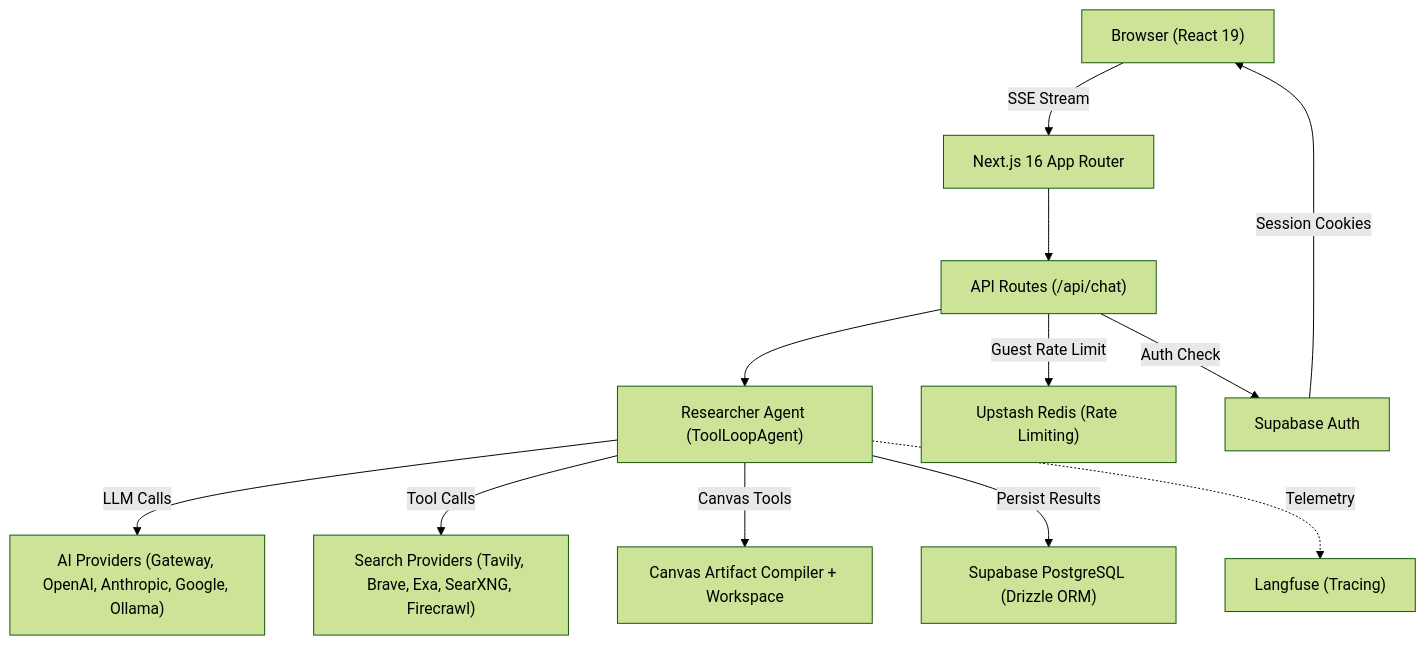
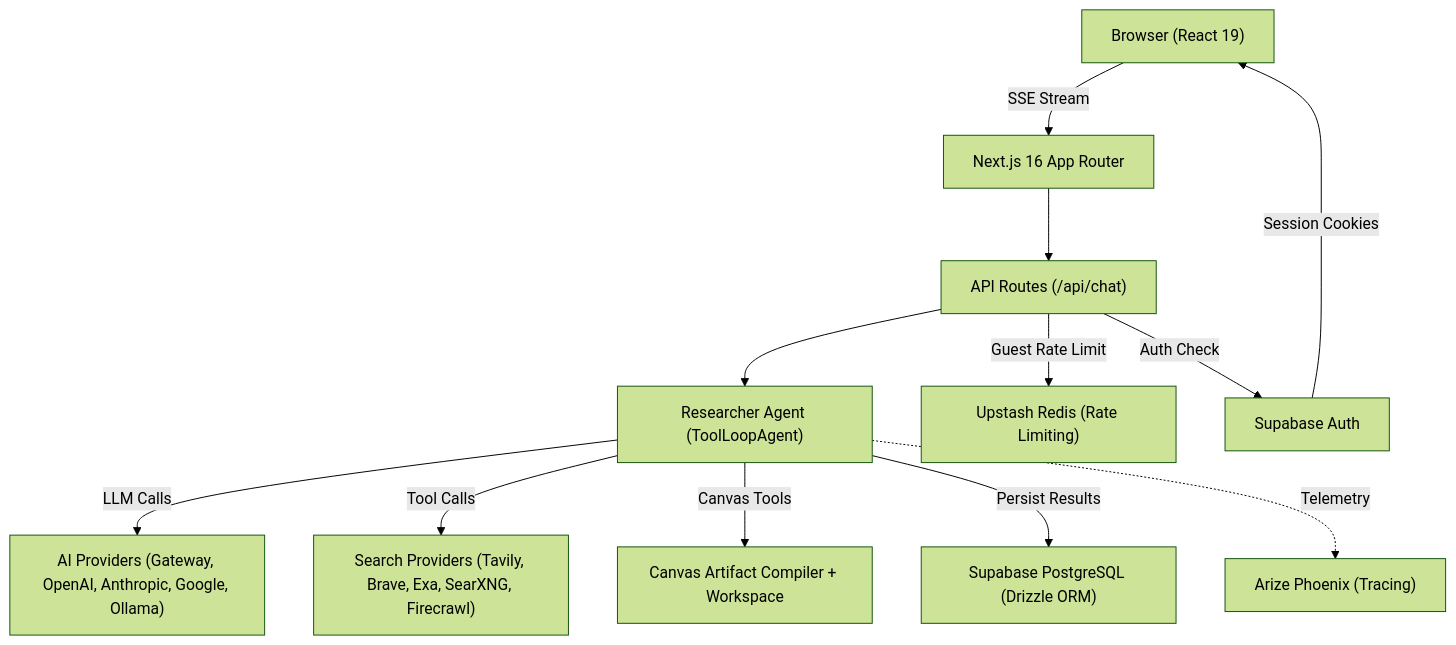
The diagram in README.md (NickB03/polymorph), drawn with Mermaid (forest theme) before and after one commit. The commit also changed other lines of this file and 24 other files, not shown here.

First line of the commit message:
feat: migrate observability from Langfuse to Arize Phoenix

````diff
--- a/README.md
+++ b/README.md
@@ -57,26 +57,26 @@
 ```mermaid
 graph TD
     Browser["Browser (React 19)"]
     NextJS["Next.js 16 App Router"]
     API["API Routes (/api/chat)"]
     Agent["Researcher Agent (ToolLoopAgent)"]
     AI["AI Providers (Gateway, OpenAI, Anthropic, Google, Ollama)"]
     Search["Search Providers (Tavily, Brave, Exa, SearXNG, Firecrawl)"]
     Canvas["Canvas Artifact Compiler + Workspace"]
     DB["Supabase PostgreSQL (Drizzle ORM)"]
     Redis["Upstash Redis (Rate Limiting)"]
     Auth["Supabase Auth"]
-    Langfuse["Langfuse (Tracing)"]
+    Phoenix["Arize Phoenix (Tracing)"]
 
     Browser -->|"SSE Stream"| NextJS
     NextJS --> API
     API -->|"Auth Check"| Auth
     API -->|"Guest Rate Limit"| Redis
     API --> Agent
     Agent -->|"LLM Calls"| AI
     Agent -->|"Tool Calls"| Search
     Agent -->|"Canvas Tools"| Canvas
     Agent -->|"Persist Results"| DB
-    Agent -.->|"Telemetry"| Langfuse
+    Agent -.->|"Telemetry"| Phoenix
     Auth -->|"Session Cookies"| Browser
 ```
````
